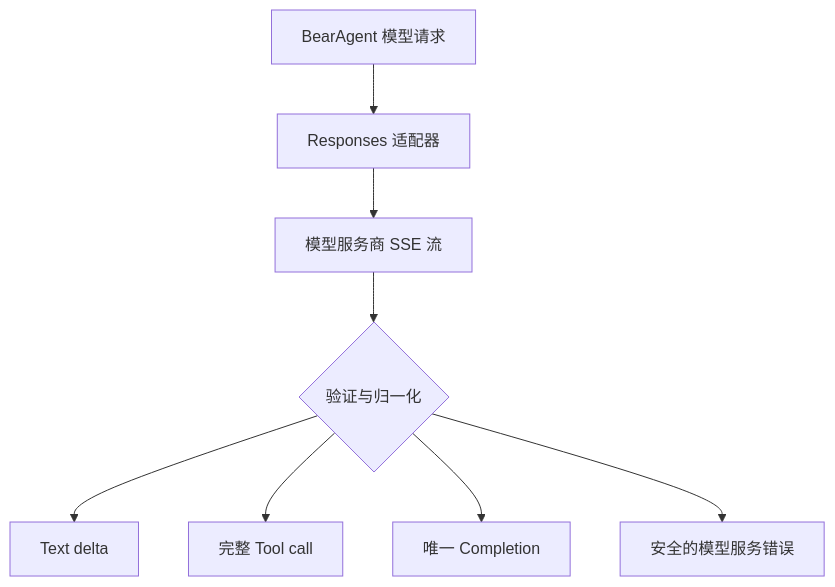
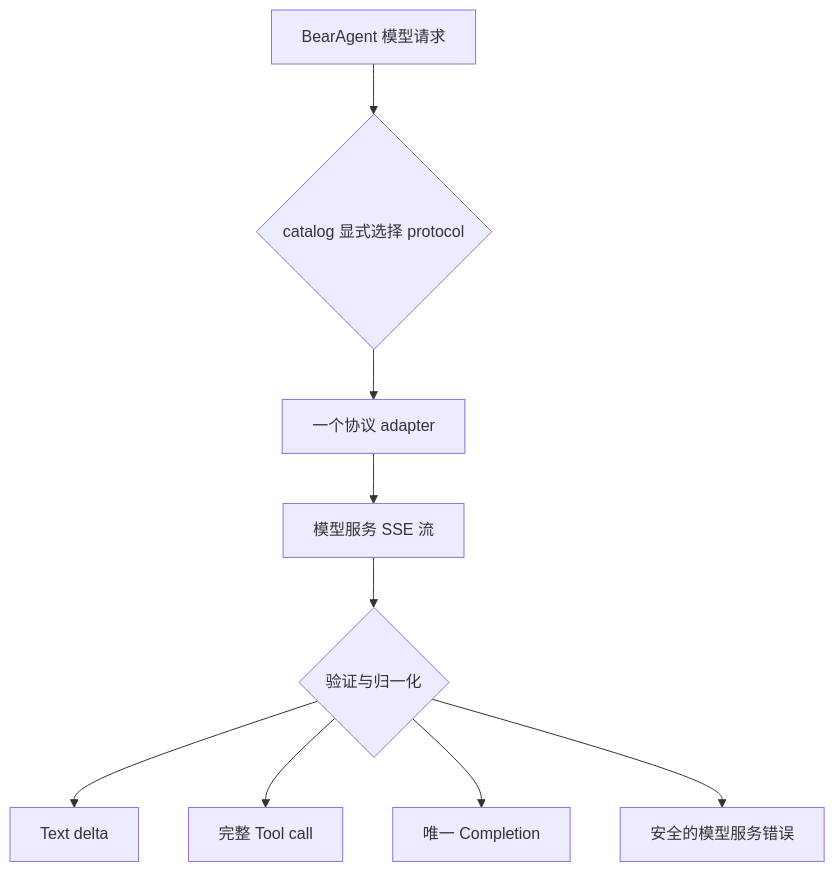
The diagram in site/src/content/docs/zh-cn/learn/model-provider-boundary.md (CherryYang05/BearAgent), drawn with Mermaid before and after one commit. The commit also changed other lines of this file and 82 other files, not shown here.

````diff
--- a/site/src/content/docs/zh-cn/learn/model-provider-boundary.md
+++ b/site/src/content/docs/zh-cn/learn/model-provider-boundary.md
@@ -25,10 +28,11 @@
 ```mermaid
 flowchart TD
-    A[BearAgent 模型请求] --> B[Responses 适配器]
-    B --> C[模型服务商 SSE 流]
+    A[BearAgent 模型请求] --> P{catalog 显式选择 protocol}
+    P --> B[一个协议 adapter]
+    B --> C[模型服务 SSE 流]
     C --> D{验证与归一化}
     D --> E[Text delta]
     D --> F[完整 Tool call]
     D --> G[唯一 Completion]
     D --> H[安全的模型服务错误]
 ```
````
